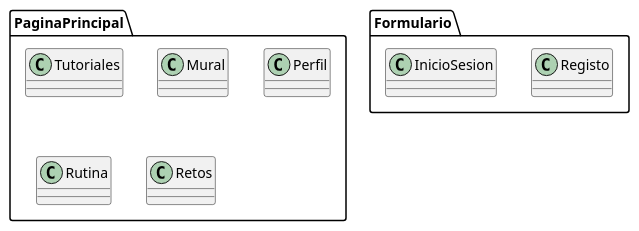
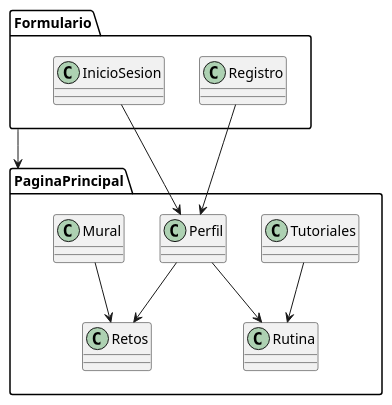
One commit to celiabecerril/24-25-IdSw1-SDR changed the diagram in modelosUML/evas.puml. Above: the diagram before and after it, drawn with PlantUML.

Commit message:
Diagrama de clases Segunda Iteración

```diff
--- a/modelosUML/evas.puml
+++ b/modelosUML/evas.puml
@@ -1,16 +1,27 @@
 @startuml evas
 
 package Formulario {
-    class Registo {}
-    class InicioSesion {}
+    class Registro
+    class InicioSesion
 }
 
 package PaginaPrincipal {
-    class Tutoriales {}
-    class Mural {}
-    class Perfil {}
-    class Rutina {}
-    class Retos {}
+    class Tutoriales
+    class Mural
+    class Perfil
+    class Rutina
+    class Retos
 }
 
+Formulario -down-> PaginaPrincipal
+
+InicioSesion --> Perfil
+Registro --> Perfil
+
+Perfil --> Rutina
+Perfil --> Retos
+
+Mural --> Retos 
+Tutoriales --> Rutina 
+
 @enduml
```
